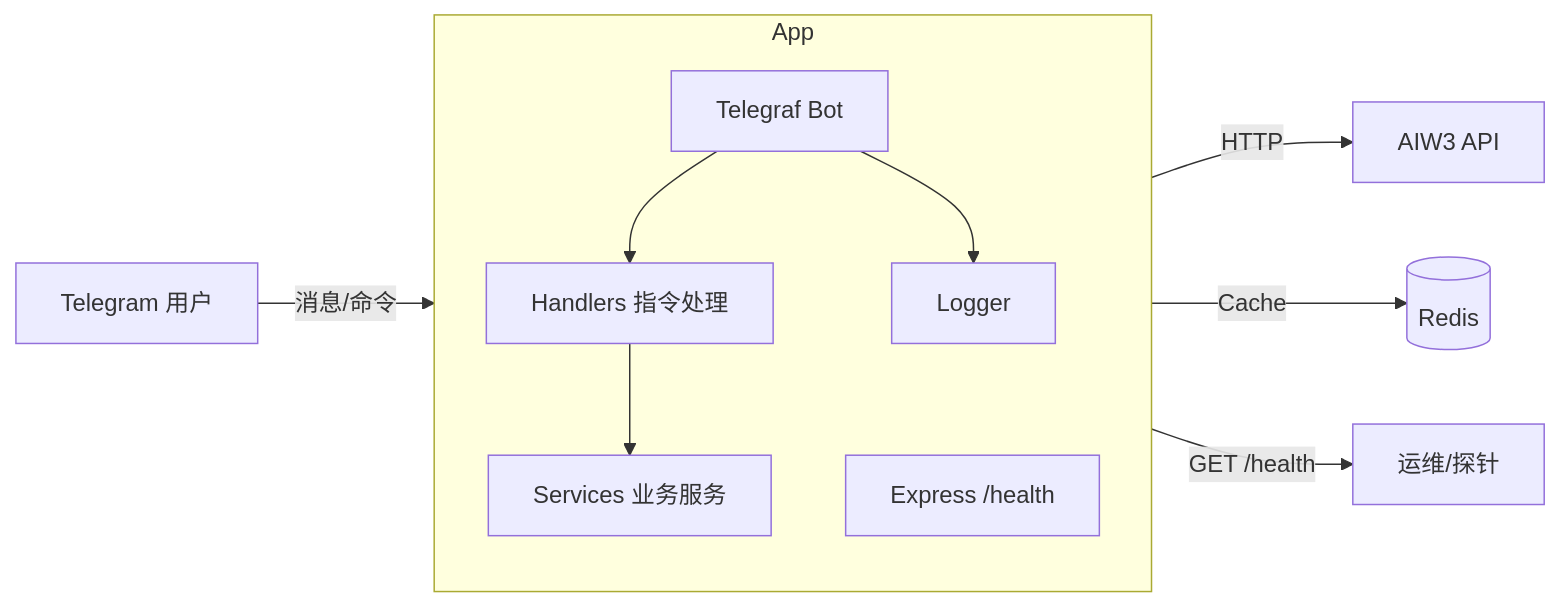
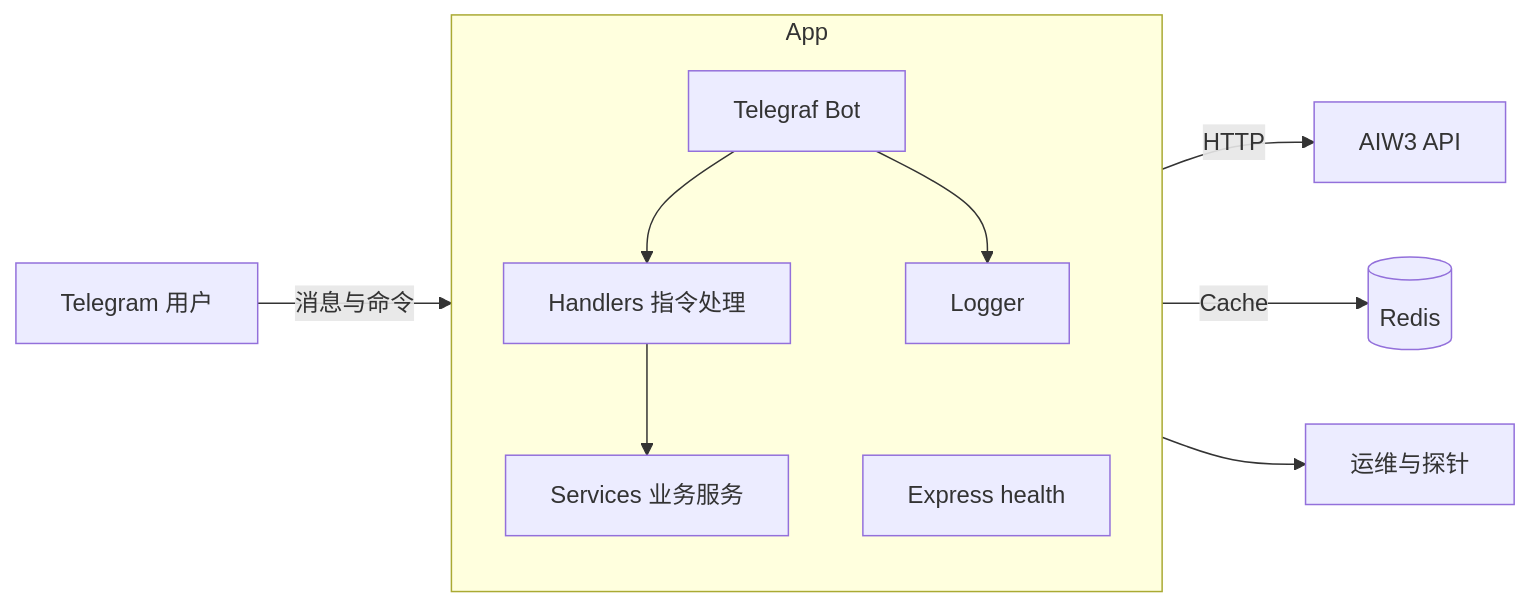
The diagram in README.md (jichangduan/tg-tradingbot), drawn with Mermaid before and after one commit. The commit also changed 1 other file, not shown here.

Commit message:
docs: fix Mermaid diagrams for compatibility with Mermaid 8.9.0

````diff
--- a/README.md
+++ b/README.md
@@ -104,18 +104,18 @@
 ```mermaid
-flowchart LR
-  U[Telegram 用户] -->|消息/命令| TGBot[Telegraf Bot]
+graph LR
+  U[Telegram 用户] -->|消息与命令| TGBot[Telegraf Bot]
   TGBot --> H[Handlers 指令处理]
   H --> S[Services 业务服务]
   S -->|HTTP| API[AIW3 API]
   S -->|Cache| R[(Redis)]
   TGBot --> L[Logger]
   subgraph App
     direction TB
     TGBot
     H
     S
     L
-    HC[Express /health]
+    HC[Express health]
   end
-  HC -->|GET /health| Ops[运维/探针]
+  HC --> Ops[运维与探针]
 ```
````
